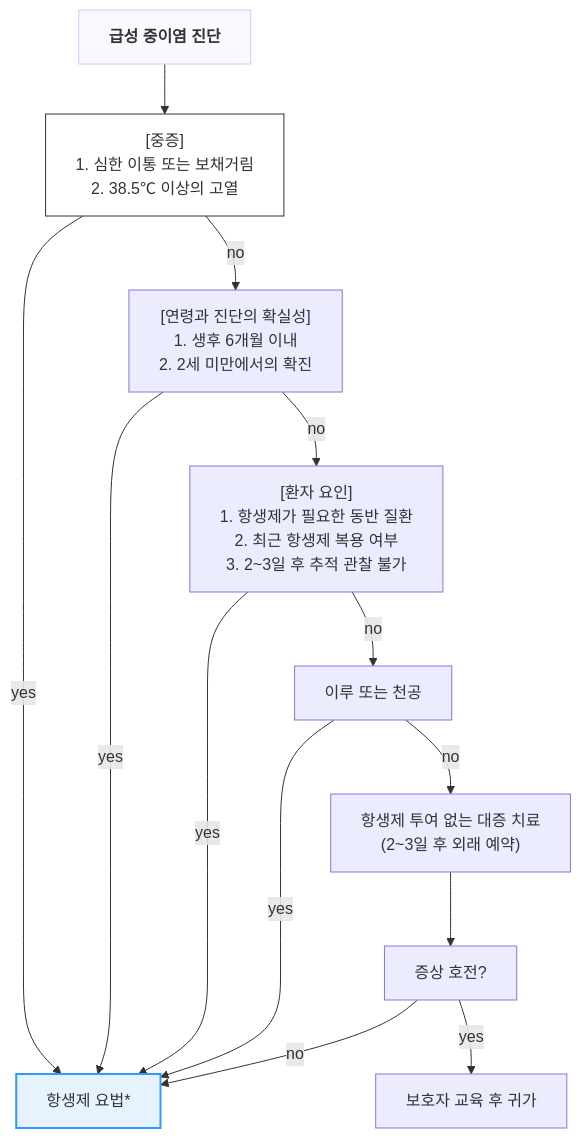
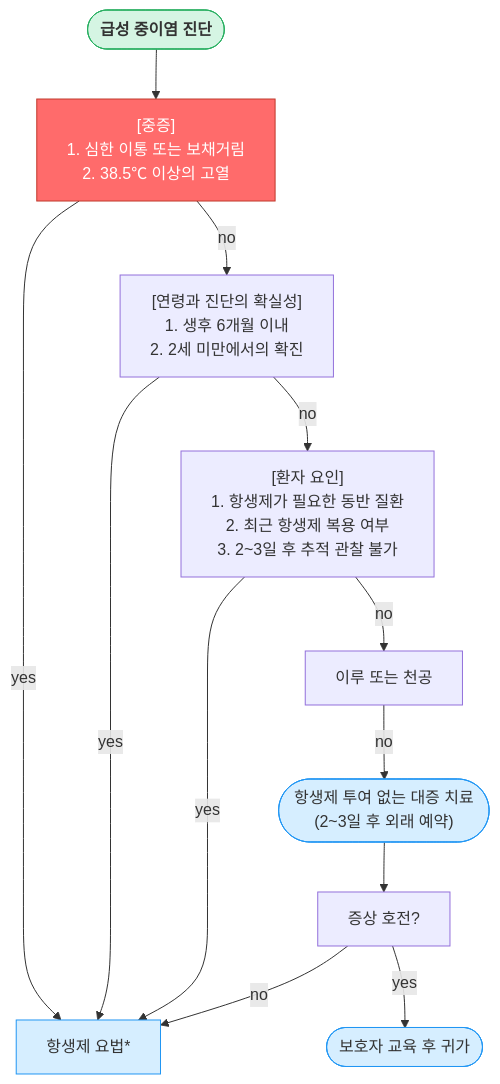
One commit to familyoh77/familyoh77 changed the second of 4 diagrams in 222_/048_-otitis-media.md. Above: the diagram before and after it, drawn with Mermaid. The commit also changed other lines of this file, not shown here.

````diff
--- a/222_/048_-otitis-media.md
+++ b/222_/048_-otitis-media.md
@@ -338,34 +339,24 @@
 ```mermaid
 graph TD
-    Start["<b>급성 중이염 진단</b>"]
+    Start(["<b>급성 중이염 진단</b>"])
+    Severity["[중증]<br/>1. 심한 이통 또는 보채거림<br/>2. 38.5℃ 이상의 고열"]   
+    Start --> Severity
+    Severity -- "yes" --> Antibiotics["항생제 요법*"]
+    Severity -- "no" --> Certainty["[연령과 진단의 확실성]<br/>1. 생후 6개월 이내<br/>2. 2세 미만에서의 확진"]
+    Certainty -- "yes" --> Antibiotics
+    Certainty -- "no" --> PatientFactor["[환자 요인]<br/>1. 항생제가 필요한 동반 질환<br/>2. 최근 항생제 복용 여부<br/>3. 2~3일 후 추적 관찰 불가"]
+    PatientFactor -- "yes" --> Antibiotics
+    PatientFactor -- "no" --> Otorrhea["이루 또는 천공"]
+    Otorrhea -- "no" --> Supportive(["항생제 투여 없는 대증 치료<br/>(2~3일 후 외래 예약)"])
+    Supportive --> Improvement["증상 호전?"]
+    Improvement -- "no" --> Antibiotics
+    Improvement -- "yes" --> Home(["보호자 교육 후 귀가"])
 
-    Severity["[중증]<br/>1. 심한 이통 또는 보채거림<br/>2. 38.5℃ 이상의 고열"]
+    style Start fill:#d5f5e3,stroke:#27ae60
+    style Severity fill:#ff6b6b,stroke:#c0392b,color:#fff
     
-    Start --> Severity
+    classDef sky fill:#d6eeff,stroke:#2196f3
+    class Antibiotics,Home,Supportive sky
+
     
-    Severity -- "yes" --> Antibiotics["항생제 요법*"]
-    
-    Severity -- "no" --> Certainty["[연령과 진단의 확실성]<br/>1. 생후 6개월 이내<br/>2. 2세 미만에서의 확진"]
-    
-    Certainty -- "yes" --> Antibiotics
-    
-    Certainty -- "no" --> PatientFactor["[환자 요인]<br/>1. 항생제가 필요한 동반 질환<br/>2. 최근 항생제 복용 여부<br/>3. 2~3일 후 추적 관찰 불가"]
-    
-    PatientFactor -- "yes" --> Antibiotics
-    
-    PatientFactor -- "no" --> Otorrhea["이루 또는 천공"]
-    
-    Otorrhea -- "yes" --> Antibiotics
-    
-    Otorrhea -- "no" --> Supportive["항생제 투여 없는 대증 치료<br/>(2~3일 후 외래 예약)"]
-    
-    Supportive --> Improvement["증상 호전?"]
-    
-    Improvement -- "no" --> Antibiotics
-    
-    Improvement -- "yes" --> Home["보호자 교육 후 귀가"]
-
-    style Start fill:#f9f9ff,stroke:#ccccff
-    style Antibiotics fill:#e6f3ff,stroke:#3399ff,stroke-width:2px
-    style Severity fill:#fff,stroke:#333
 ```
````
